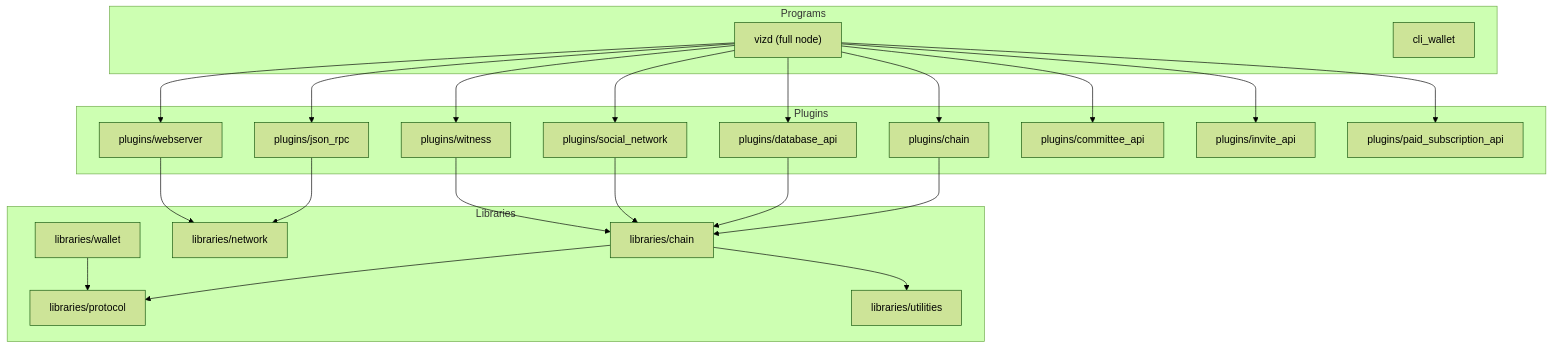
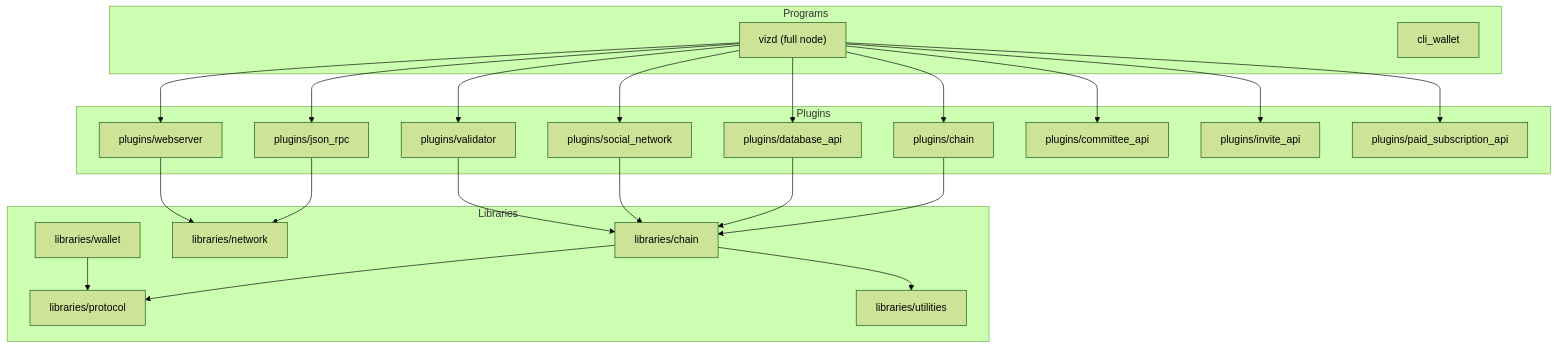
Before and after one commit to VIZ-Blockchain/viz-cpp-node: the first of 7 diagrams in .qoder/repowiki/en/content/Project Overview.md, drawn with Mermaid (forest theme). The commit also changed other lines of this file and 88 other files, not shown here.

First line of the commit message:
docs(validator): rename witness to validator throughout documentation

````diff
--- a/.qoder/repowiki/en/content/Project Overview.md
+++ b/.qoder/repowiki/en/content/Project Overview.md
@@ -62,43 +62,43 @@
 ```mermaid
 graph TB
 subgraph "Programs"
 VIZD["vizd (full node)"]
 CLI["cli_wallet"]
 end
 subgraph "Libraries"
 LChain["libraries/chain"]
 LProto["libraries/protocol"]
 LNet["libraries/network"]
 LUtil["libraries/utilities"]
 LWallet["libraries/wallet"]
 end
 subgraph "Plugins"
 PChain["plugins/chain"]
-PWitness["plugins/witness"]
+PWitness["plugins/validator"]
 PDB["plugins/database_api"]
 PSocial["plugins/social_network"]
 PJSON["plugins/json_rpc"]
 PWeb["plugins/webserver"]
 PComm["plugins/committee_api"]
 PInv["plugins/invite_api"]
 PPaid["plugins/paid_subscription_api"]
 end
 VIZD --> PChain
 VIZD --> PWitness
 VIZD --> PDB
 VIZD --> PSocial
 VIZD --> PJSON
 VIZD --> PWeb
 VIZD --> PComm
 VIZD --> PInv
 VIZD --> PPaid
 PChain --> LChain
 PDB --> LChain
 PSocial --> LChain
 PWitness --> LChain
 PJSON --> LNet
 PWeb --> LNet
 LChain --> LProto
 LChain --> LUtil
 LWallet --> LProto
 ```
````
